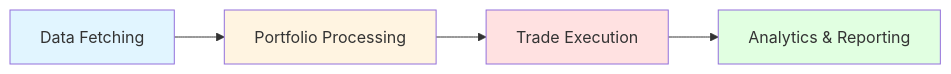
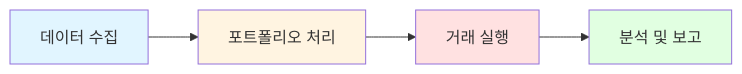
The second of 10 diagrams in report/ChatGPT-Micro-Cap-Experiment/report-claude-sonnet.md (gyuha/investment-open-source-analysis), drawn with Mermaid before and after one commit. The commit also changed other lines of this file and 1 other file, not shown here.

Commit message:
Change graph orientation from TD to LR in report-claude-sonnet.md for improved readability of module dependencies

````diff
--- a/report/ChatGPT-Micro-Cap-Experiment/report-claude-sonnet.md
+++ b/report/ChatGPT-Micro-Cap-Experiment/report-claude-sonnet.md
@@ -224,11 +224,11 @@
 ```mermaid
 graph LR
-    A[Data Fetching] --> B[Portfolio Processing]
-    B --> C[Trade Execution]
-    C --> D[Analytics & Reporting]
+    A[데이터 수집] --> B[포트폴리오 처리]
+    B --> C[거래 실행]
+    C --> D[분석 및 보고]
 
     style A fill:#e1f5ff
     style B fill:#fff4e1
     style C fill:#ffe1e1
     style D fill:#e1ffe1
 ```
````
